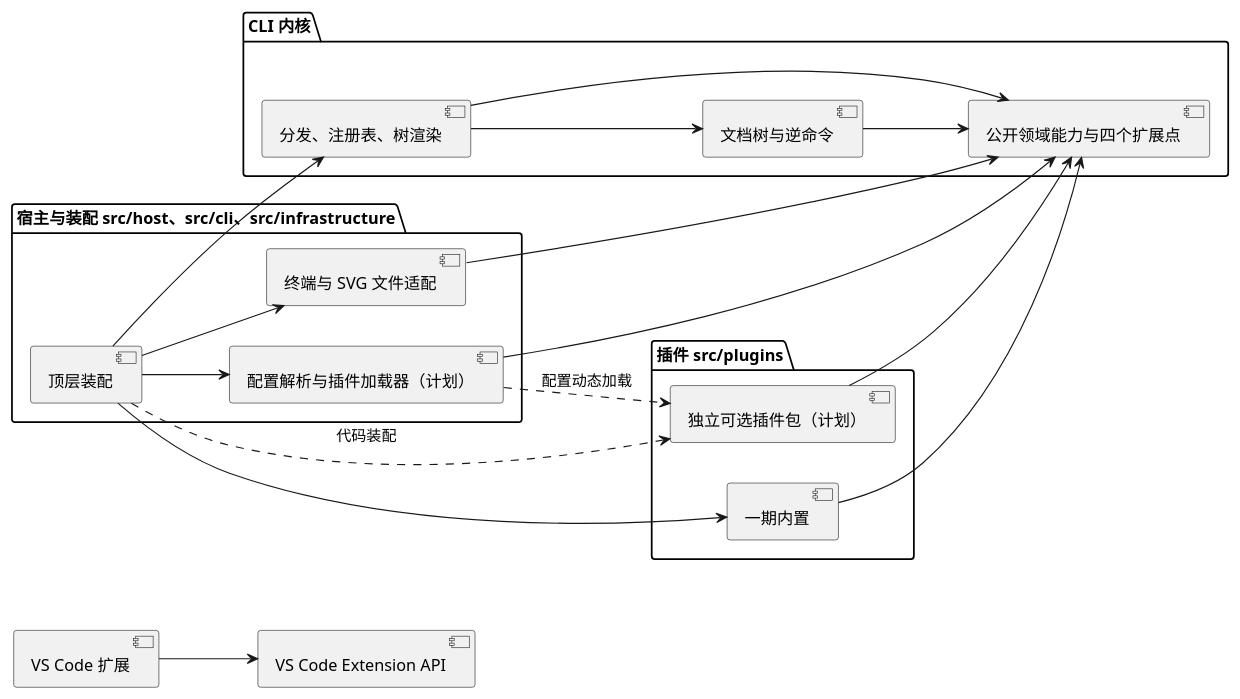
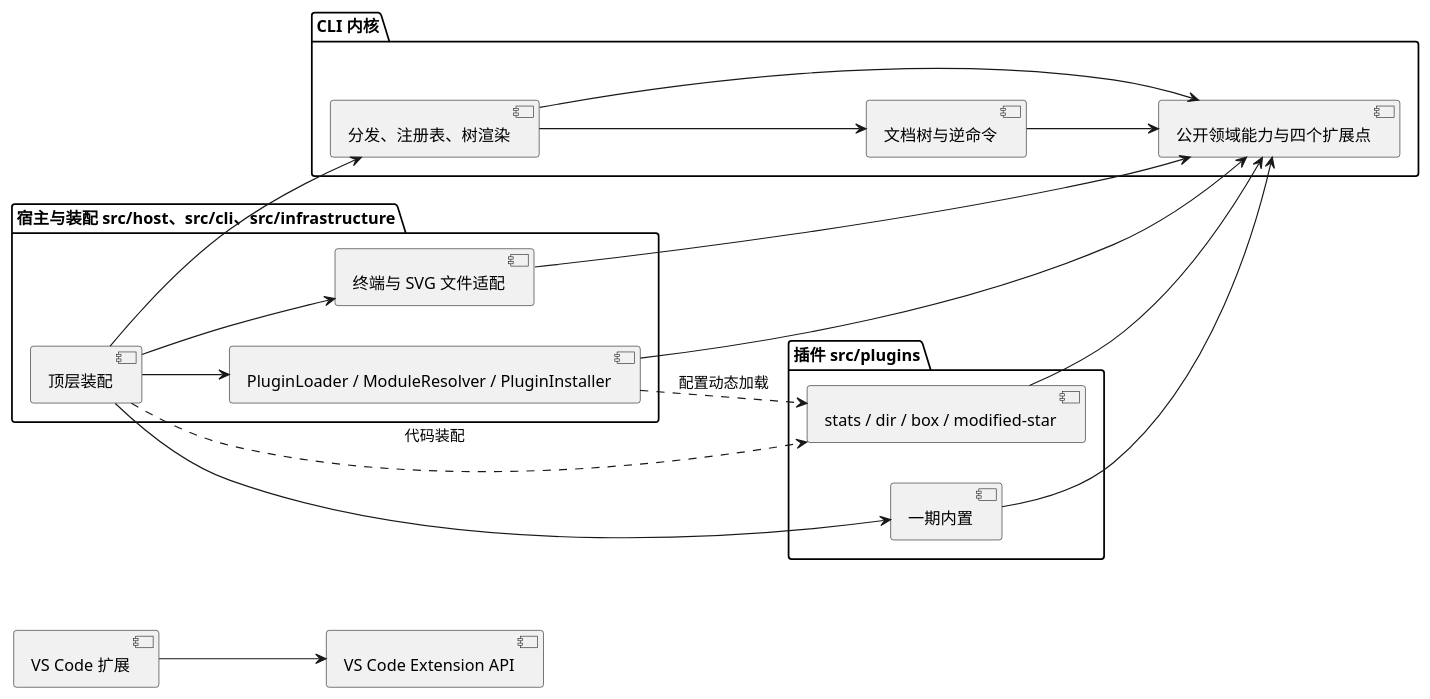
The fourth of 4 diagrams in doc/README.md (x-J-beta/svg-cli-command-core), drawn with PlantUML before and after one commit. The commit also changed other lines of this file and 5 other files, not shown here.

````diff
--- a/doc/README.md
+++ b/doc/README.md
@@ -397,33 +397,33 @@
 ```plantuml
 @startuml
 left to right direction
 package "CLI 内核" as Core {
   [文档树与逆命令] as Model
   [分发、注册表、树渲染] as Runtime
   [公开领域能力与四个扩展点] as API
   Runtime --> Model
   Runtime --> API
   Model --> API
 }
 package "宿主与装配 src/host、src/cli、src/infrastructure" {
   [顶层装配] as Entry
-  [配置解析与插件加载器（计划）] as Loader
+  [PluginLoader / ModuleResolver / PluginInstaller] as Loader
   [终端与 SVG 文件适配] as Adapters
   Entry --> Loader
   Entry --> Adapters
 }
 package "插件 src/plugins" {
   [一期内置] as Builtins
-  [独立可选插件包（计划）] as Optional
+  [stats / dir / box / modified-star] as Optional
 }
 Entry --> Runtime
 Entry --> Builtins
 Entry ..> Optional : 代码装配
 Loader --> API
 Loader ..> Optional : 配置动态加载
 Adapters --> API
 Builtins --> API
 Optional --> API
 [VS Code 扩展] --> [VS Code Extension API]
 @enduml
 ```
````
